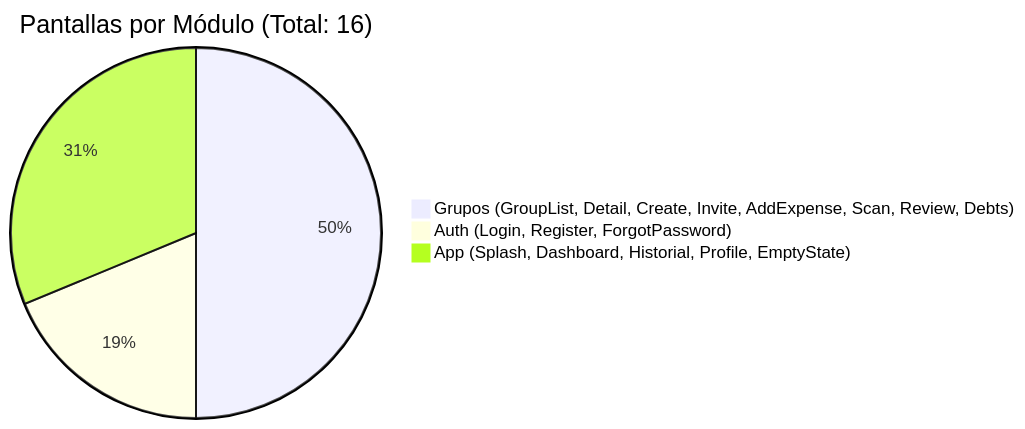
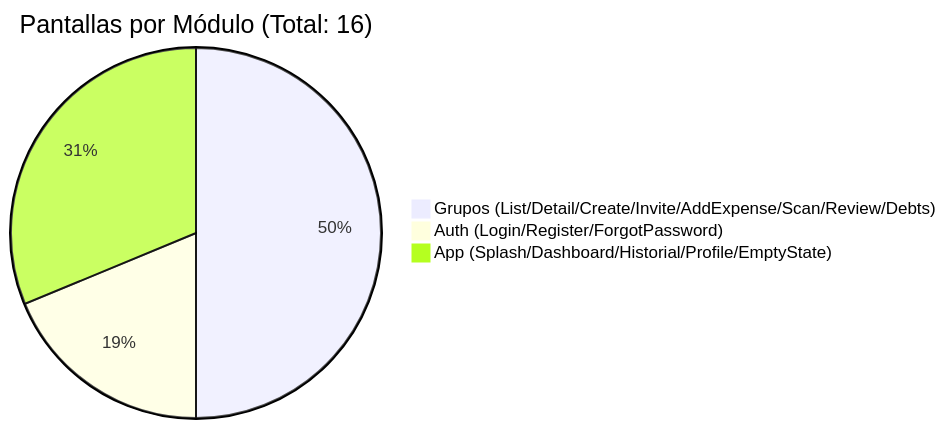
One commit to Carlos-Huane/SplitSnap-FrontEnd changed the third of 4 diagrams in README.md. Above: the diagram before and after it, drawn with Mermaid. The commit also changed other lines of this file, not shown here.

````diff
--- a/README.md
+++ b/README.md
@@ -104,6 +117,6 @@
 ```mermaid
 pie title Pantallas por Módulo (Total: 16)
-    "Grupos (GroupList, Detail, Create, Invite, AddExpense, Scan, Review, Debts)" : 8
-    "Auth (Login, Register, ForgotPassword)" : 3
-    "App (Splash, Dashboard, Historial, Profile, EmptyState)" : 5
+    "Grupos (List/Detail/Create/Invite/AddExpense/Scan/Review/Debts)" : 8
+    "Auth (Login/Register/ForgotPassword)" : 3
+    "App (Splash/Dashboard/Historial/Profile/EmptyState)" : 5
 ```
````
